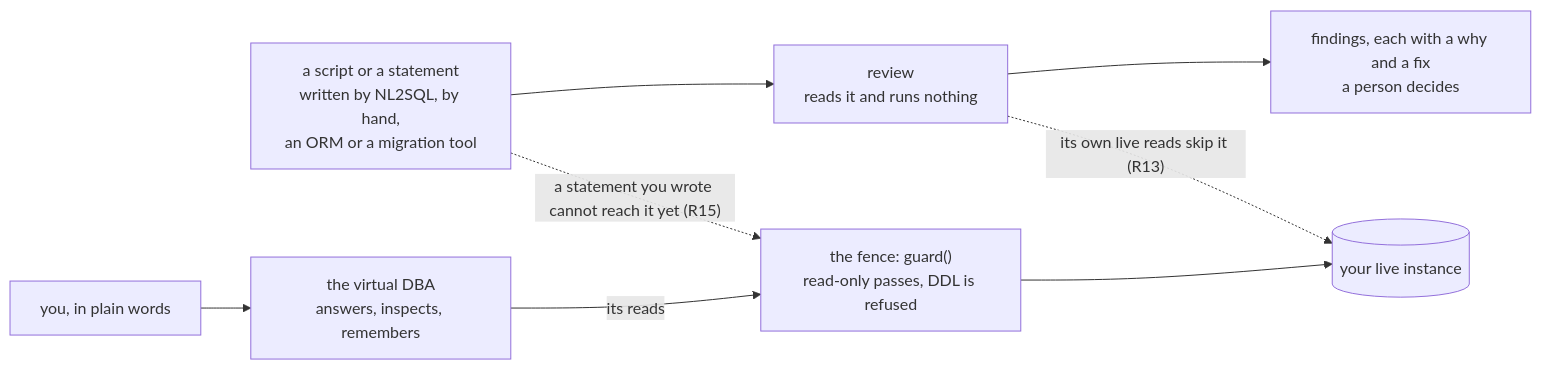
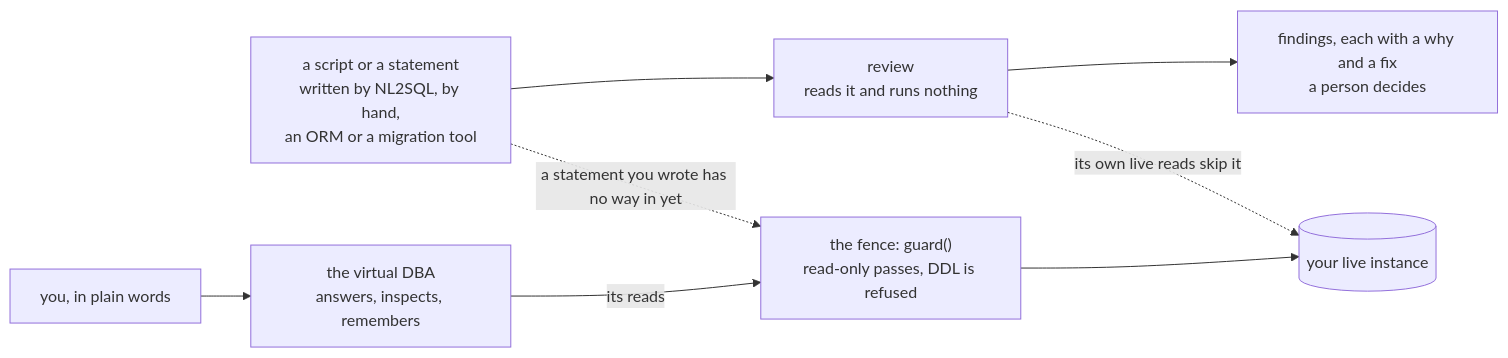
Before and after one commit to empoGavin/schemafence: the diagram in README.md, drawn with Mermaid. The commit also changed other lines of this file and 7 other files, not shown here.

````diff
--- a/README.md
+++ b/README.md
@@ -109,17 +88,17 @@
 ```mermaid
 flowchart LR
     W["a script or a statement<br/>written by NL2SQL, by hand,<br/>an ORM or a migration tool"]
     R["review<br/>reads it and runs nothing"]
     P["findings, each with a why and a fix<br/>a person decides"]
     F["the fence: guard()<br/>read-only passes, DDL is refused"]
     D[("your live instance")]
     Y["you, in plain words"]
     A["the virtual DBA<br/>answers, inspects, remembers"]
 
     W --> R --> P
-    W -. "a statement you wrote cannot reach it yet (R15)" .-> F
-    R -. "its own live reads skip it (R13)" .-> D
+    W -. "a statement you wrote has no way in yet" .-> F
+    R -. "its own live reads skip it" .-> D
     Y --> A
     A -->|"its reads"| F
     F --> D
 ```
````
